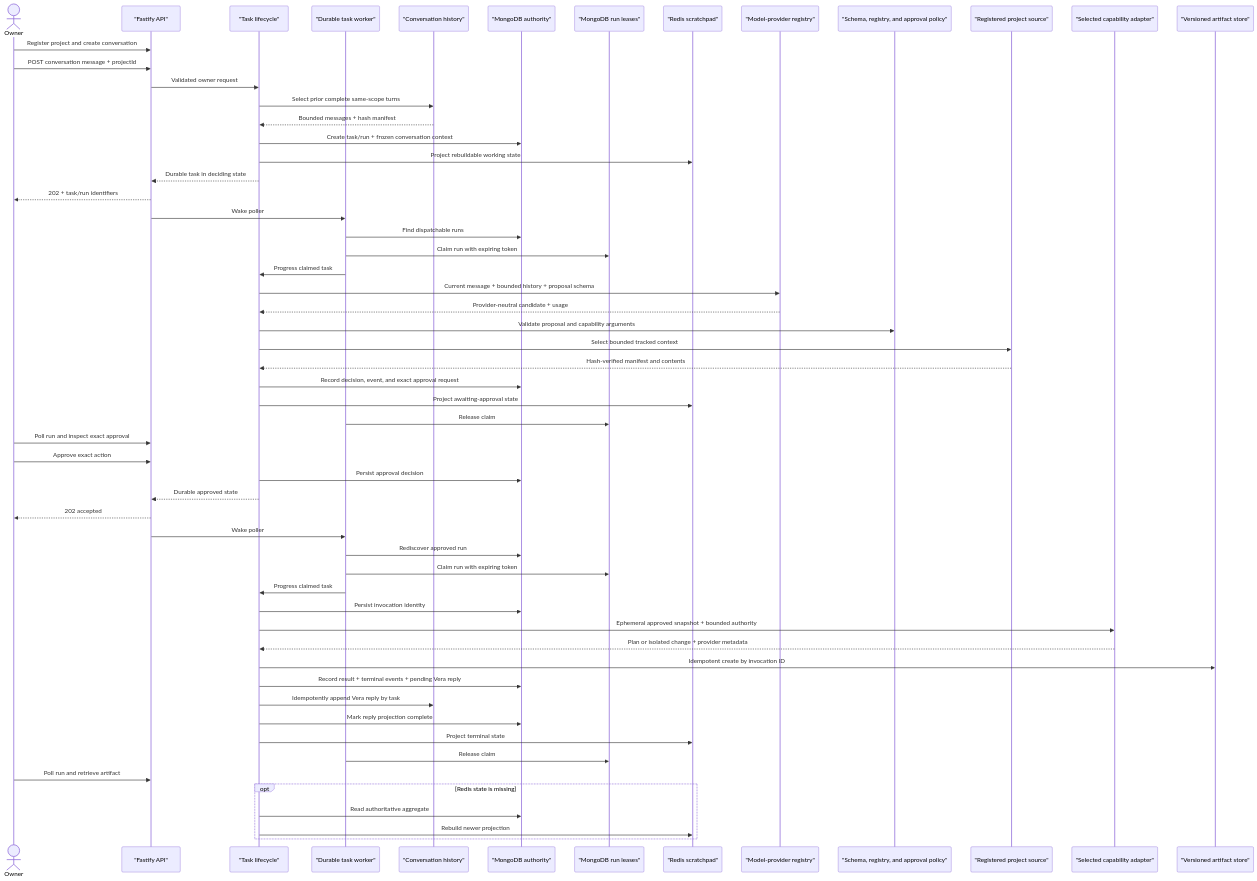
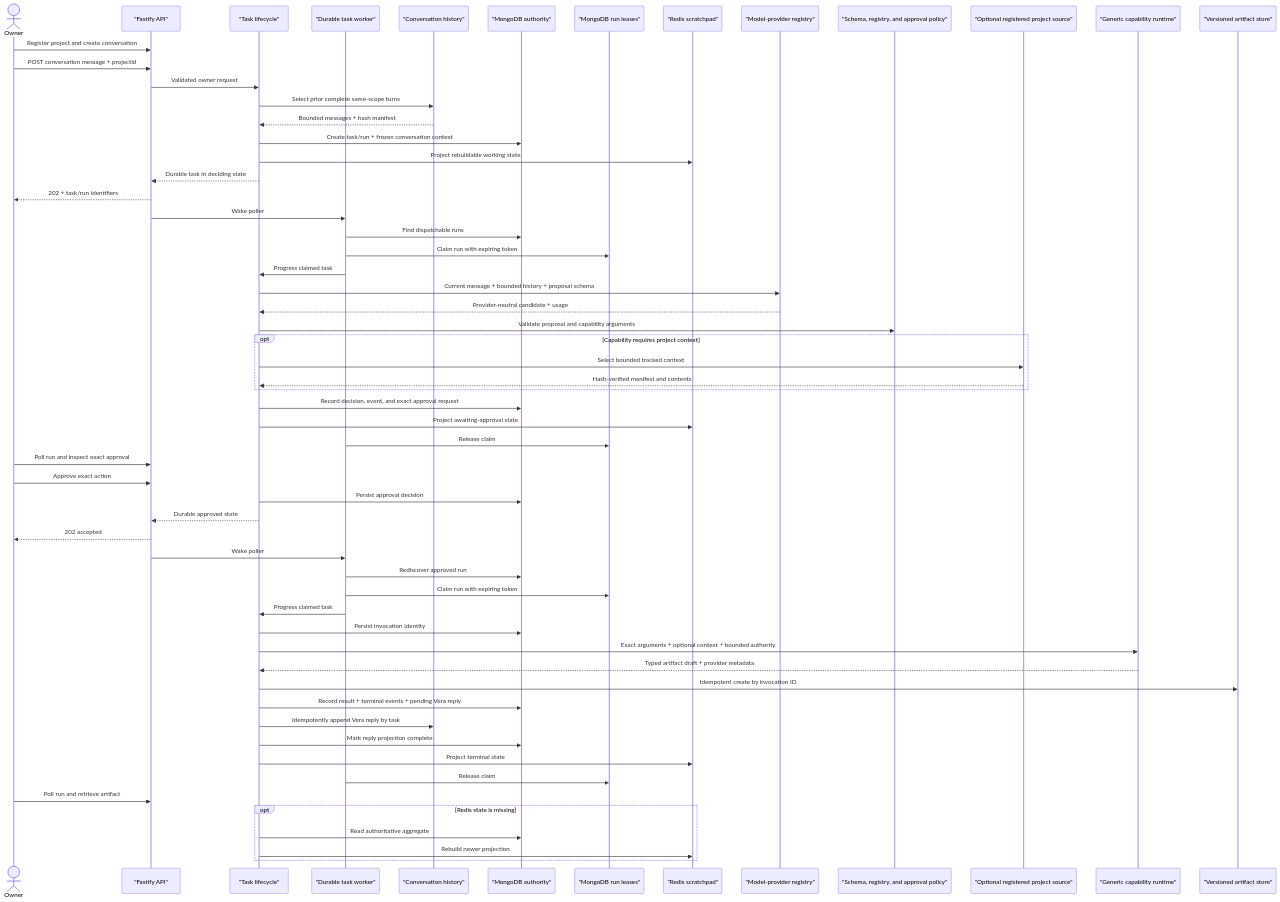
The fifth of 8 diagrams in docs/system-architecture.md (4romgod/vera), drawn with Mermaid before and after one commit. The commit also changed other lines of this file and 48 other files, not shown here.

````diff
--- a/docs/system-architecture.md
+++ b/docs/system-architecture.md
@@ -334,61 +337,63 @@
 ```mermaid
 sequenceDiagram
     actor Owner
     participant API as "Fastify API"
     participant Life as "Task lifecycle"
     participant Worker as "Durable task worker"
     participant History as "Conversation history"
     participant Mongo as "MongoDB authority"
     participant Lease as "MongoDB run leases"
     participant Redis as "Redis scratchpad"
     participant Model as "Model-provider registry"
     participant Policy as "Schema, registry, and approval policy"
-    participant Source as "Registered project source"
-    participant Capability as "Selected capability adapter"
+    participant Source as "Optional registered project source"
+    participant Capability as "Generic capability runtime"
     participant Artifact as "Versioned artifact store"
 
     Owner->>API: Register project and create conversation
     Owner->>API: POST conversation message + projectId
     API->>Life: Validated owner request
     Life->>History: Select prior complete same-scope turns
     History-->>Life: Bounded messages + hash manifest
     Life->>Mongo: Create task/run + frozen conversation context
     Life->>Redis: Project rebuildable working state
     Life-->>API: Durable task in deciding state
     API-->>Owner: 202 + task/run identifiers
     API->>Worker: Wake poller
     Worker->>Mongo: Find dispatchable runs
     Worker->>Lease: Claim run with expiring token
     Worker->>Life: Progress claimed task
     Life->>Model: Current message + bounded history + proposal schema
     Model-->>Life: Provider-neutral candidate + usage
     Life->>Policy: Validate proposal and capability arguments
-    Life->>Source: Select bounded tracked context
-    Source-->>Life: Hash-verified manifest and contents
+    opt Capability requires project context
+        Life->>Source: Select bounded tracked context
+        Source-->>Life: Hash-verified manifest and contents
+    end
     Life->>Mongo: Record decision, event, and exact approval request
     Life->>Redis: Project awaiting-approval state
     Worker->>Lease: Release claim
     Owner->>API: Poll run and inspect exact approval
     Owner->>API: Approve exact action
     Life->>Mongo: Persist approval decision
     Life-->>API: Durable approved state
     API-->>Owner: 202 accepted
     API->>Worker: Wake poller
     Worker->>Mongo: Rediscover approved run
     Worker->>Lease: Claim run with expiring token
     Worker->>Life: Progress claimed task
     Life->>Mongo: Persist invocation identity
-    Life->>Capability: Ephemeral approved snapshot + bounded authority
-    Capability-->>Life: Plan or isolated change + provider metadata
+    Life->>Capability: Exact arguments + optional context + bounded authority
+    Capability-->>Life: Typed artifact draft + provider metadata
     Life->>Artifact: Idempotent create by invocation ID
     Life->>Mongo: Record result + terminal events + pending Vera reply
     Life->>History: Idempotently append Vera reply by task
     Life->>Mongo: Mark reply projection complete
     Life->>Redis: Project terminal state
     Worker->>Lease: Release claim
     Owner->>API: Poll run and retrieve artifact
     opt Redis state is missing
         Life->>Mongo: Read authoritative aggregate
         Life->>Redis: Rebuild newer projection
     end
 ```
````
